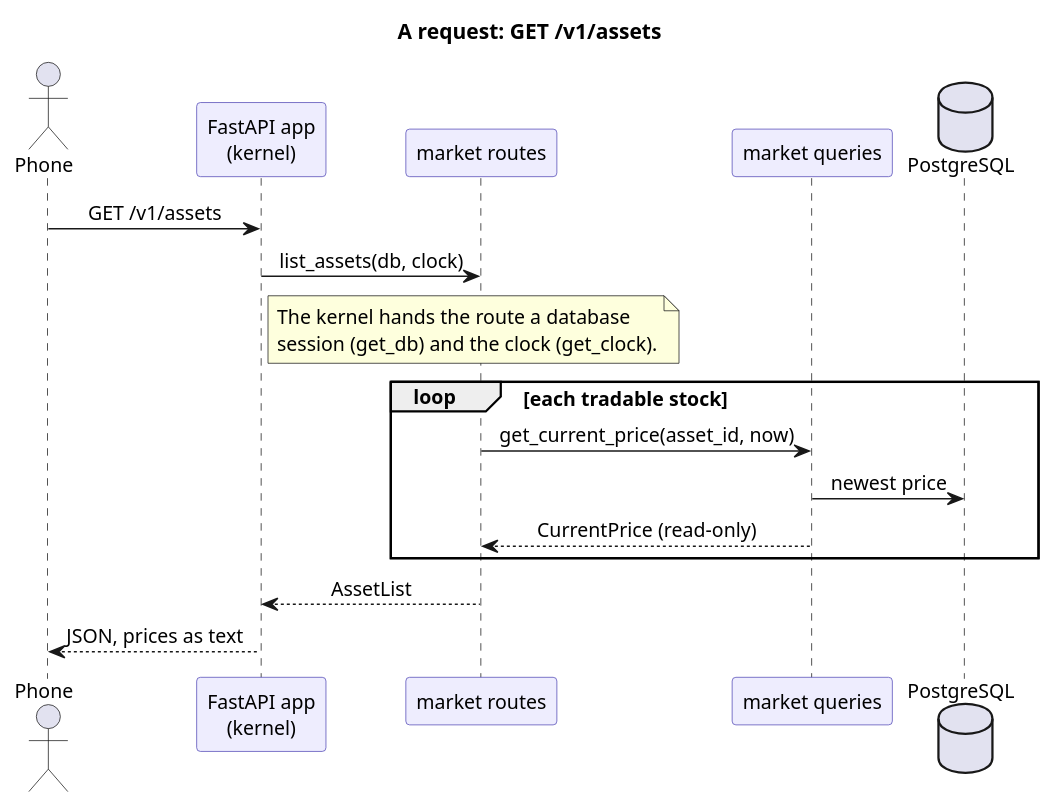
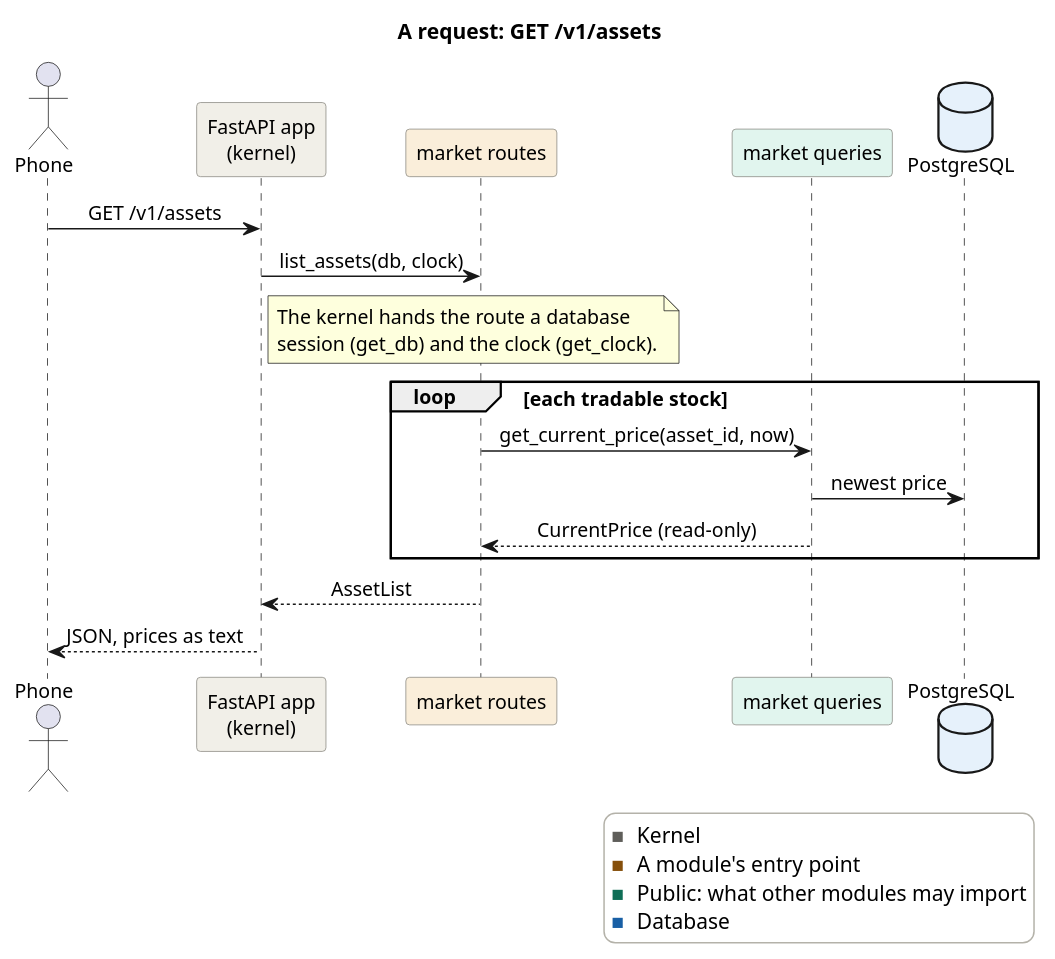
Before and after one commit to davislenover/BurnNEarn: the diagram in docs/Design/SoftArchitecture/figures/request-assets.puml, drawn with PlantUML. The commit also changed 14 other files, not shown here.

Commit message:
Color the UML diagrams by type, with a legend in each

```diff
--- a/docs/Design/SoftArchitecture/figures/request-assets.puml
+++ b/docs/Design/SoftArchitecture/figures/request-assets.puml
@@ -1,30 +1,38 @@
 @startuml request-assets
 ' Render with: plantuml -tpng docs/Design/SoftArchitecture/figures/request-assets.puml
 skinparam shadowing false
 skinparam defaultFontName Helvetica
 skinparam defaultFontSize 13
 skinparam sequenceMessageAlign center
-skinparam ParticipantBackgroundColor #EEEDFE
-skinparam ParticipantBorderColor #534AB7
+skinparam ParticipantBorderColor #888780
+skinparam LegendBackgroundColor #FFFFFF
+skinparam LegendBorderColor #B4B2A9
 title A request: GET /v1/assets
 
 actor "Phone" as phone
-participant "FastAPI app\n(kernel)" as app
-participant "market routes" as routes
-participant "market queries" as queries
-database "PostgreSQL" as db
+participant "FastAPI app\n(kernel)" as app #F1EFE8
+participant "market routes" as routes #FAEEDA
+participant "market queries" as queries #E1F5EE
+database "PostgreSQL" as db #E6F1FB
 
 phone -> app : GET /v1/assets
 app -> routes : list_assets(db, clock)
 note right of app
   The kernel hands the route a database
   session (get_db) and the clock (get_clock).
 end note
 loop each tradable stock
   routes -> queries : get_current_price(asset_id, now)
   queries -> db : newest price
   queries --> routes : CurrentPrice (read-only)
 end
 routes --> app : AssetList
 app --> phone : JSON, prices as text
+
+legend right
+  <color:#5F5E5A>■</color> Kernel
+  <color:#854F0B>■</color> A module's entry point
+  <color:#0F6E56>■</color> Public: what other modules may import
+  <color:#185FA5>■</color> Database
+endlegend
 @enduml
```
